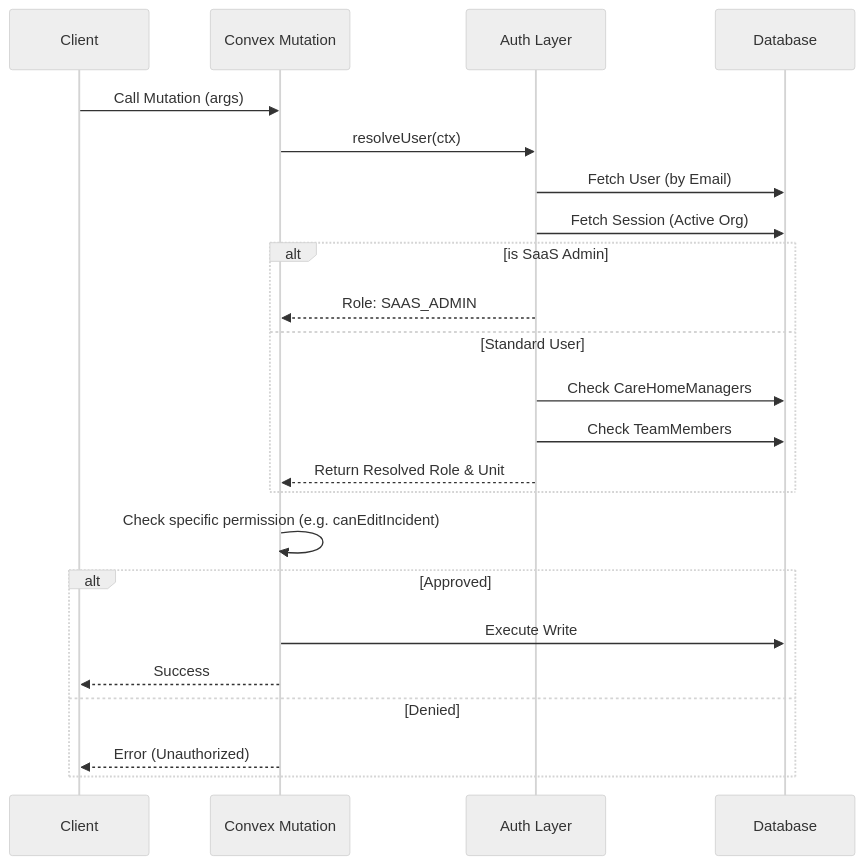
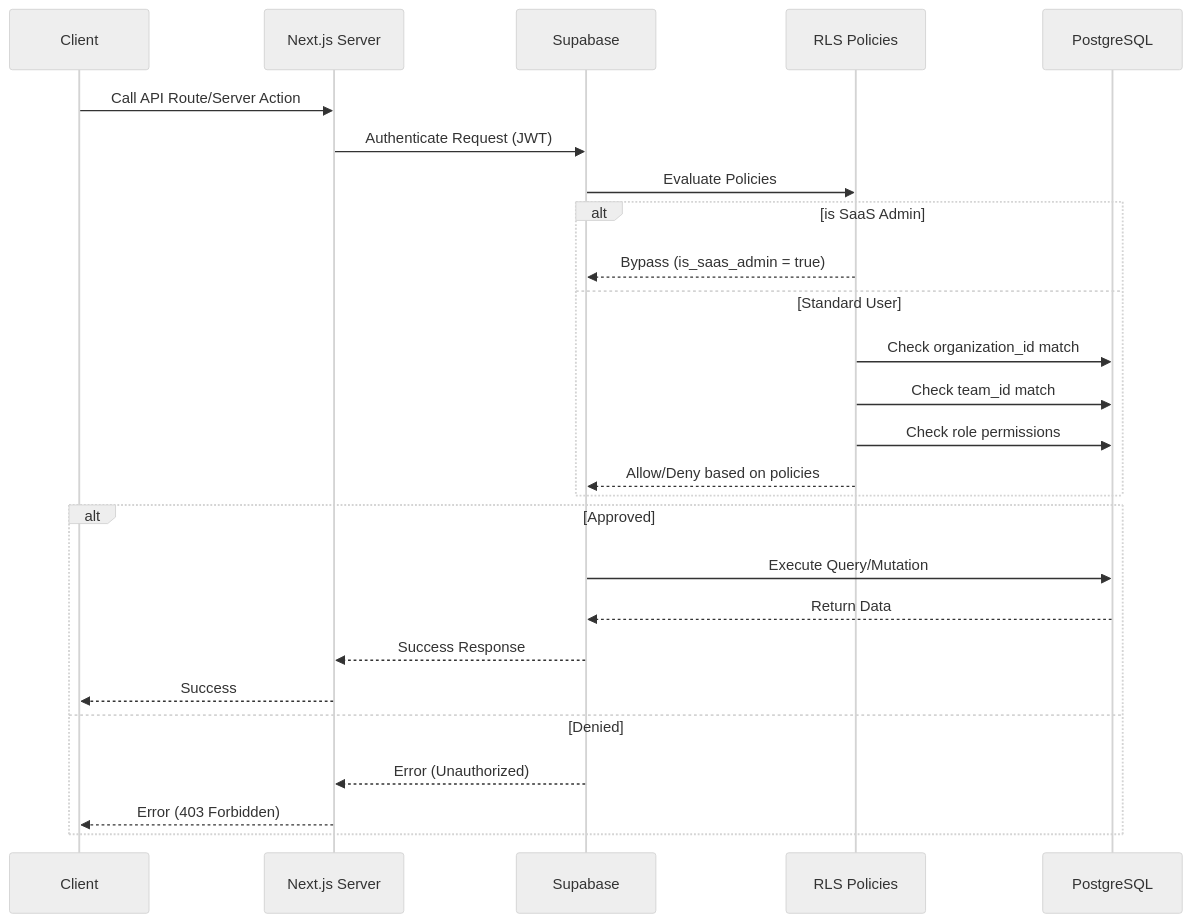
One commit to CareO-HQ/careo changed the second of 4 diagrams in docs/LLD.md. Above: the diagram before and after it, drawn with Mermaid (neutral theme). The commit also changed other lines of this file and 175 other files, not shown here.

````diff
--- a/docs/LLD.md
+++ b/docs/LLD.md
@@ -107,28 +112,31 @@
 ```mermaid
 sequenceDiagram
     participant Client
-    participant API as Convex Mutation
-    participant Auth as Auth Layer
-    participant DB as Database
+    participant NextJS as Next.js Server
+    participant Supabase as Supabase
+    participant RLS as RLS Policies
+    participant DB as PostgreSQL
 
-    Client->>API: Call Mutation (args)
-    API->>Auth: resolveUser(ctx)
-    Auth->>DB: Fetch User (by Email)
-    Auth->>DB: Fetch Session (Active Org)
+    Client->>NextJS: Call API Route/Server Action
+    NextJS->>Supabase: Authenticate Request (JWT)
+    Supabase->>RLS: Evaluate Policies
     
     alt is SaaS Admin
-        Auth-->>API: Role: SAAS_ADMIN
+        RLS-->>Supabase: Bypass (is_saas_admin = true)
     else Standard User
-        Auth->>DB: Check CareHomeManagers
-        Auth->>DB: Check TeamMembers
-        Auth-->>API: Return Resolved Role & Unit
+        RLS->>DB: Check organization_id match
+        RLS->>DB: Check team_id match
+        RLS->>DB: Check role permissions
+        RLS-->>Supabase: Allow/Deny based on policies
     end
     
-    API->>API: Check specific permission (e.g. canEditIncident)
     alt Approved
-        API->>DB: Execute Write
-        API-->>Client: Success
+        Supabase->>DB: Execute Query/Mutation
+        DB-->>Supabase: Return Data
+        Supabase-->>NextJS: Success Response
+        NextJS-->>Client: Success
     else Denied
-        API-->>Client: Error (Unauthorized)
+        Supabase-->>NextJS: Error (Unauthorized)
+        NextJS-->>Client: Error (403 Forbidden)
     end
 ```
````
